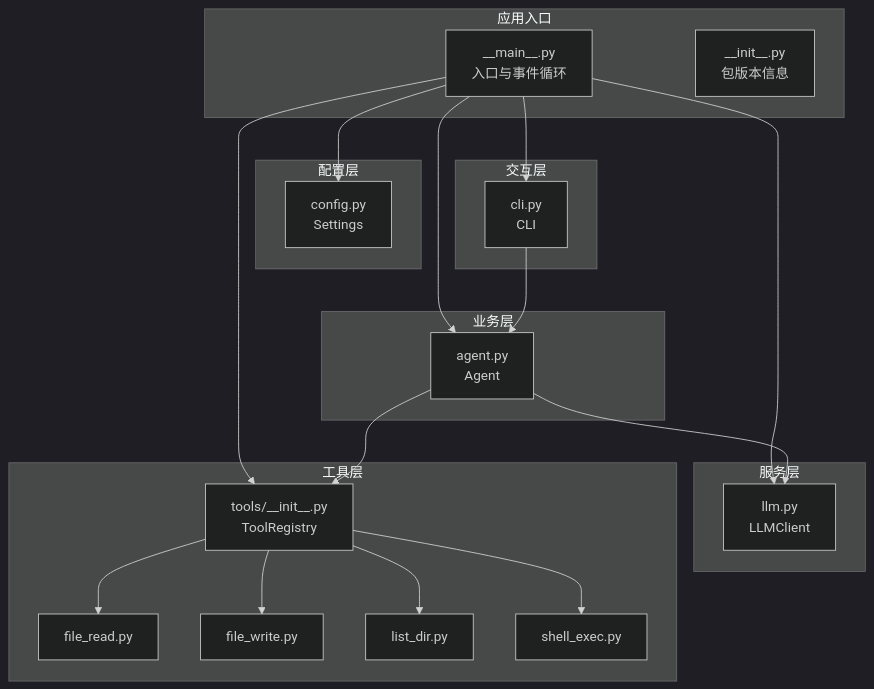
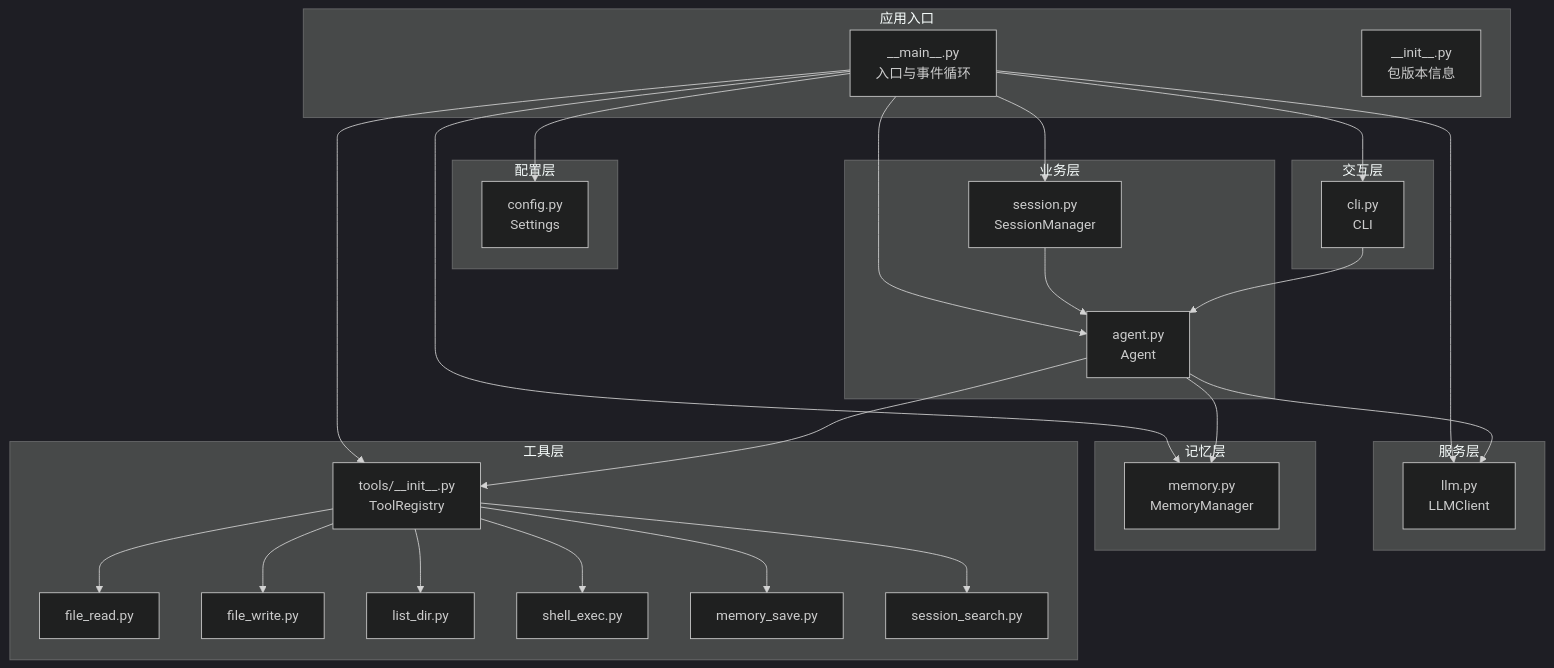
One commit to 250shiwo/MySmallAgent changed the first of 5 diagrams in .qoder/repowiki/zh/content/核心模块详解/入口点和初始化.md. Above: the diagram before and after it, drawn with Mermaid (dark theme). The commit also changed other lines of this file and 41 other files, not shown here.

````diff
--- a/.qoder/repowiki/zh/content/核心模块详解/入口点和初始化.md
+++ b/.qoder/repowiki/zh/content/核心模块详解/入口点和初始化.md
@@ -56,38 +64,50 @@
 ```mermaid
 graph TB
 subgraph "应用入口"
 M["__main__.py<br/>入口与事件循环"]
 I["__init__.py<br/>包版本信息"]
 end
 subgraph "配置层"
 C["config.py<br/>Settings"]
 end
 subgraph "服务层"
 L["llm.py<br/>LLMClient"]
 end
+subgraph "记忆层"
+MM["memory.py<br/>MemoryManager"]
+end
 subgraph "工具层"
 R["tools/__init__.py<br/>ToolRegistry"]
 T1["file_read.py"]
 T2["file_write.py"]
 T3["list_dir.py"]
 T4["shell_exec.py"]
+T5["memory_save.py"]
+T6["session_search.py"]
 end
 subgraph "业务层"
 A["agent.py<br/>Agent"]
+SM["session.py<br/>SessionManager"]
 end
 subgraph "交互层"
 CLI["cli.py<br/>CLI"]
 end
 M --> C
 M --> L
+M --> MM
 M --> R
 M --> A
+M --> SM
 M --> CLI
 R --> T1
 R --> T2
 R --> T3
 R --> T4
+R --> T5
+R --> T6
 A --> L
+A --> MM
 A --> R
+SM --> A
 CLI --> A
 ```
````
